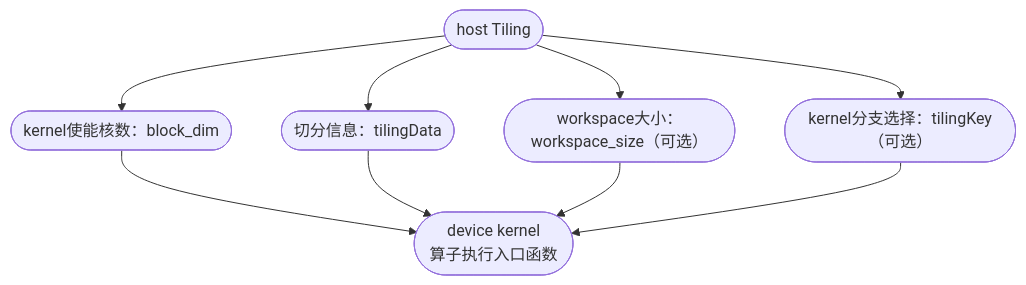
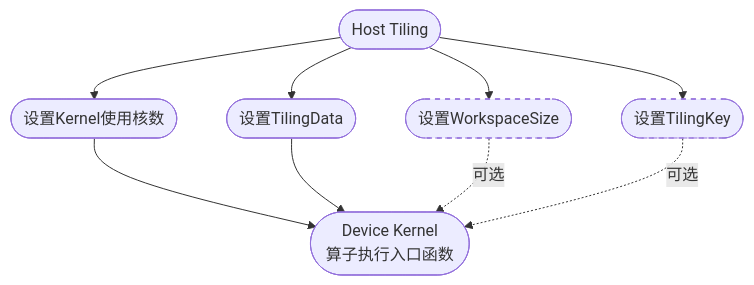
One commit to ckorikov/cann-ops-transformer changed the fourth of 5 diagrams in docs/context/AI Core算子开发指南.md. Above: the diagram before and after it, drawn with Mermaid. The commit also changed other lines of this file and 7 other files, not shown here.

````diff
--- a/docs/context/AI Core算子开发指南.md
+++ b/docs/context/AI Core算子开发指南.md
@@ -333,12 +258,13 @@
 ```mermaid
 graph TD
-    A([host Tiling])  --> B([kernel使能核数：block_dim]) 
-    A -->C([切分信息：tilingData]) 
-    A -->D([workspace大小：workspace_size（可选）]) 
-    A -->E([kernel分支选择：tilingKey（可选）]) 
-    B -->F([device kernel
-    算子执行入口函数]) 
-    C -->F
-    D -->F
-    E -->F
+    A([Host Tiling]) --> B([设置Kernel使用核数]) 
+    A --> C([设置TilingData]) 
+    A --> D([设置WorkspaceSize]) 
+    A --> E([设置TilingKey])     
+    B --> F([Device Kernel <br> 算子执行入口函数]) 
+    C --> F
+    D -.->|可选| F
+    E -.->|可选| F   
+    style D stroke-dasharray:5 5
+    style E stroke-dasharray:5 5
 ```
````
